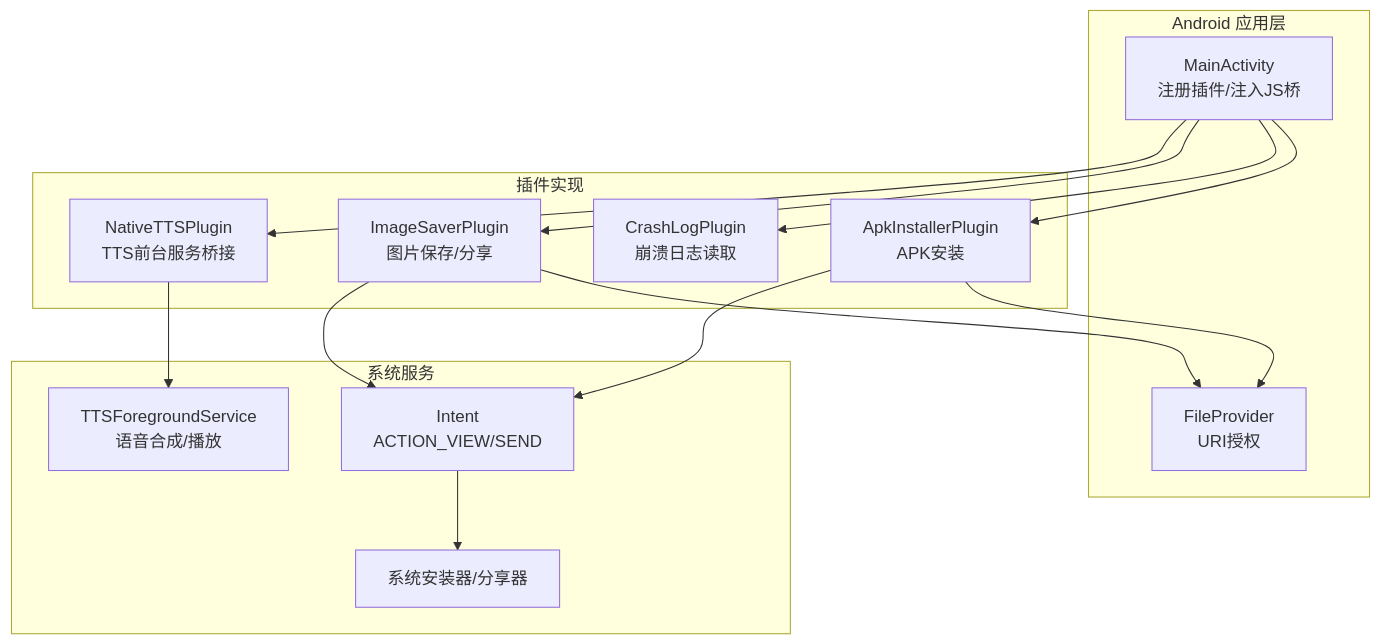
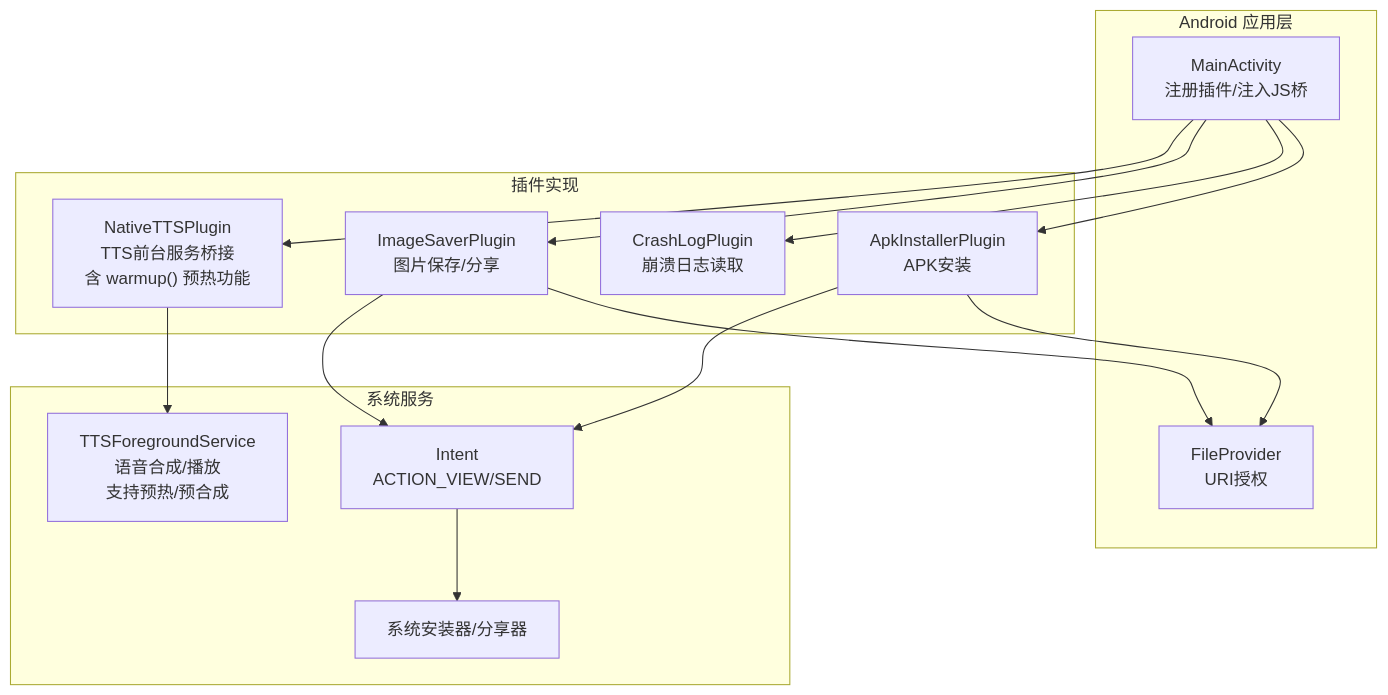
One commit to zhao-zg/cx changed the first of 7 diagrams in .qoder/repowiki/zh/content/移动应用开发/插件系统.md. Above: the diagram before and after it, drawn with Mermaid. The commit also changed other lines of this file and 31 other files, not shown here.

````diff
--- a/.qoder/repowiki/zh/content/移动应用开发/插件系统.md
+++ b/.qoder/repowiki/zh/content/移动应用开发/插件系统.md
@@ -36,28 +45,28 @@
 ```mermaid
 graph TB
 subgraph "Android 应用层"
 MA["MainActivity<br/>注册插件/注入JS桥"]
 FS["FileProvider<br/>URI授权"]
 end
 subgraph "插件实现"
 AP["ApkInstallerPlugin<br/>APK安装"]
 CL["CrashLogPlugin<br/>崩溃日志读取"]
 IS["ImageSaverPlugin<br/>图片保存/分享"]
-NT["NativeTTSPlugin<br/>TTS前台服务桥接"]
+NT["NativeTTSPlugin<br/>TTS前台服务桥接<br/>含 warmup() 预热功能"]
 end
 subgraph "系统服务"
 INT["Intent<br/>ACTION_VIEW/SEND"]
-SVC["TTSForegroundService<br/>语音合成/播放"]
+SVC["TTSForegroundService<br/>语音合成/播放<br/>支持预热/预合成"]
 SYS["系统安装器/分享器"]
 end
 MA --> AP
 MA --> CL
 MA --> IS
 MA --> NT
 AP --> FS
 IS --> FS
 AP --> INT
 IS --> INT
 NT --> SVC
 INT --> SYS
 ```
````
